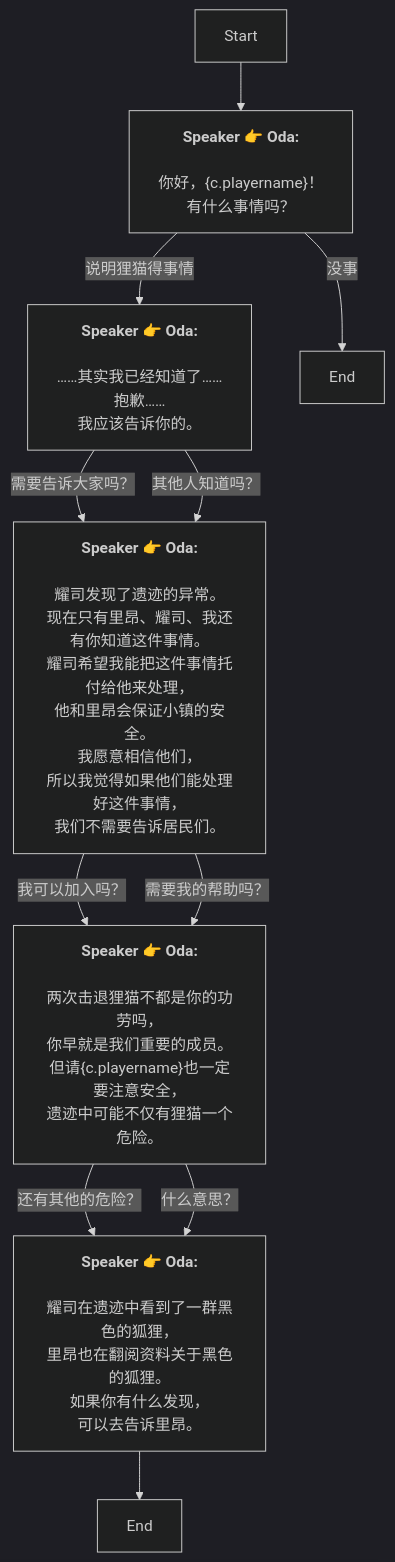
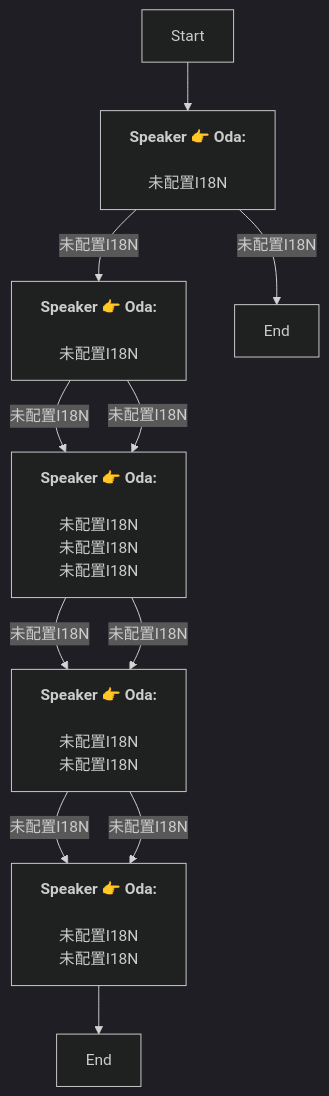
The diagram in Zh/QuestTalkObjectiveNode_1761994347035271.md (SoftHu/tos_avg), drawn with Mermaid (dark theme) before and after one commit. The commit also changed 730 other files, not shown here.

````diff
--- a/Zh/QuestTalkObjectiveNode_1761994347035271.md
+++ b/Zh/QuestTalkObjectiveNode_1761994347035271.md
@@ -1,41 +1,22 @@
 ```mermaid
 graph
 Start -->1761994565016202[<b>Speaker 👉 Oda:</b>
-\n你好，&lbrace;c.playername&rbrace;！
-有什么事情吗？]
-1761994565016202 -->|说明狸猫得事情|1761995505944210[<b>Speaker 👉 Oda:</b>
-\n……其实我已经知道了……
-抱歉……
-我应该告诉你的。]
-1761994565016202 -->|没事|1761995118851729[End]
-1761995505944210 -->|需要告诉大家吗？|1761995693570712[<b>Speaker 👉 Oda:</b>
-\n耀司发现了遗迹的异常。
-现在只有里昂、耀司、我还有你知道这件事情。\n耀司希望我能把这件事情托付给他来处理，
-他和里昂会保证小镇的安全。\n我愿意相信他们，
-所以我觉得如果他们能处理好这件事情，
-我们不需要告诉居民们。]
-1761995505944210 -->|其他人知道吗？|1761995693570712[<b>Speaker 👉 Oda:</b>
-\n耀司发现了遗迹的异常。
-现在只有里昂、耀司、我还有你知道这件事情。\n耀司希望我能把这件事情托付给他来处理，
-他和里昂会保证小镇的安全。\n我愿意相信他们，
-所以我觉得如果他们能处理好这件事情，
-我们不需要告诉居民们。]
-1761995693570712 -->|我可以加入吗？|1761996012354207[<b>Speaker 👉 Oda:</b>
-\n两次击退狸猫不都是你的功劳吗，
-你早就是我们重要的成员。\n但请&lbrace;c.playername&rbrace;也一定要注意安全，
-遗迹中可能不仅有狸猫一个危险。]
-1761995693570712 -->|需要我的帮助吗？|1761996012354207[<b>Speaker 👉 Oda:</b>
-\n两次击退狸猫不都是你的功劳吗，
-你早就是我们重要的成员。\n但请&lbrace;c.playername&rbrace;也一定要注意安全，
-遗迹中可能不仅有狸猫一个危险。]
-1761996012354207 -->|还有其他的危险？|1761996076811946[<b>Speaker 👉 Oda:</b>
-\n耀司在遗迹中看到了一群黑色的狐狸，
-里昂也在翻阅资料关于黑色的狐狸。\n如果你有什么发现，
-可以去告诉里昂。]
-1761996012354207 -->|什么意思？|1761996076811946[<b>Speaker 👉 Oda:</b>
-\n耀司在遗迹中看到了一群黑色的狐狸，
-里昂也在翻阅资料关于黑色的狐狸。\n如果你有什么发现，
-可以去告诉里昂。]
+\n未配置I18N]
+1761994565016202 -->|未配置I18N|1761995505944210[<b>Speaker 👉 Oda:</b>
+\n未配置I18N]
+1761994565016202 -->|未配置I18N|1761995118851729[End]
+1761995505944210 -->|未配置I18N|1761995693570712[<b>Speaker 👉 Oda:</b>
+\n未配置I18N\n未配置I18N\n未配置I18N]
+1761995505944210 -->|未配置I18N|1761995693570712[<b>Speaker 👉 Oda:</b>
+\n未配置I18N\n未配置I18N\n未配置I18N]
+1761995693570712 -->|未配置I18N|1761996012354207[<b>Speaker 👉 Oda:</b>
+\n未配置I18N\n未配置I18N]
+1761995693570712 -->|未配置I18N|1761996012354207[<b>Speaker 👉 Oda:</b>
+\n未配置I18N\n未配置I18N]
+1761996012354207 -->|未配置I18N|1761996076811946[<b>Speaker 👉 Oda:</b>
+\n未配置I18N\n未配置I18N]
+1761996012354207 -->|未配置I18N|1761996076811946[<b>Speaker 👉 Oda:</b>
+\n未配置I18N\n未配置I18N]
 1761996076811946 -->1761995115106960[End]
 
 ```
````
